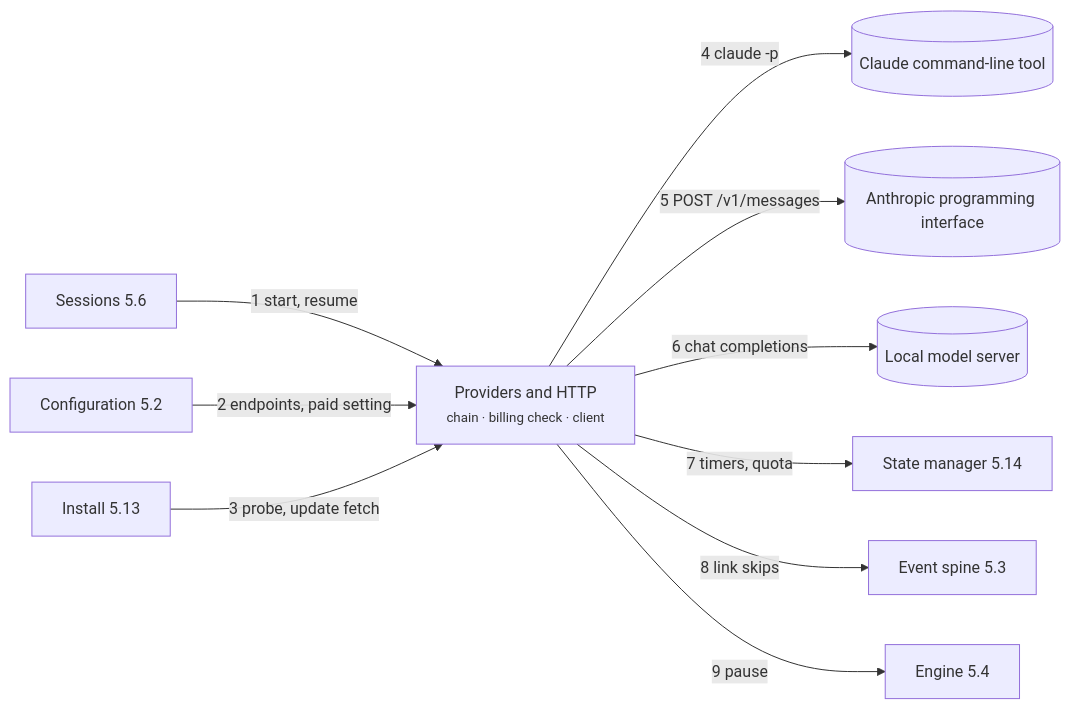
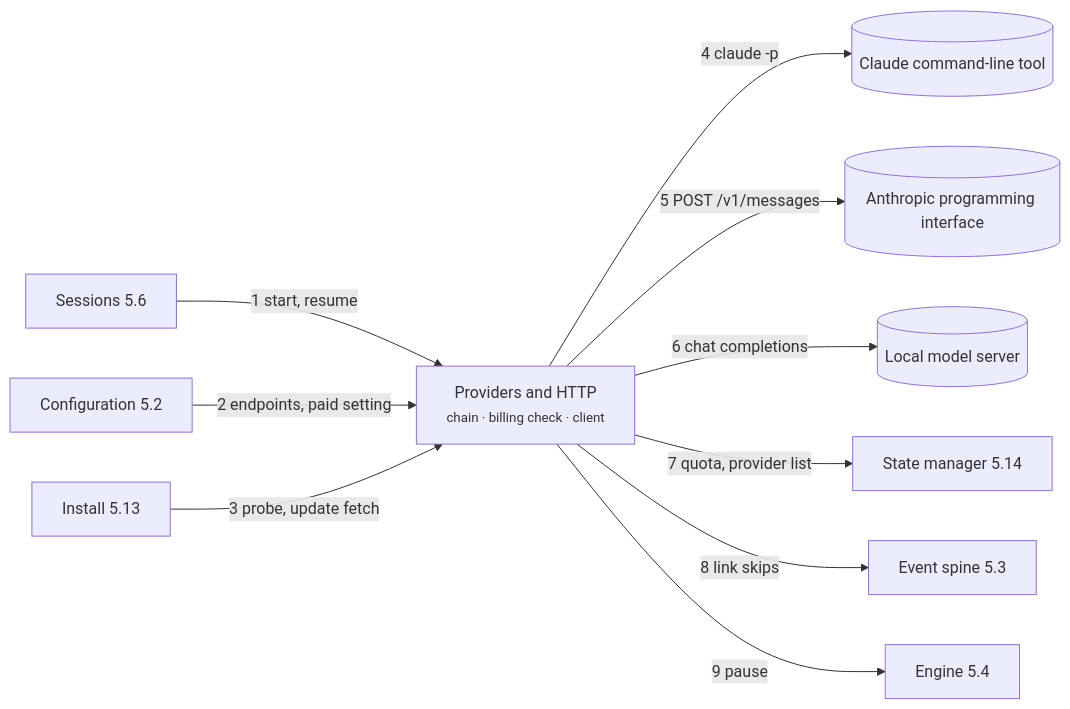
Diagram 19 of 45 in docs/hld.md (rdevitto86/komodo-agentic-harness-coding), drawn with Mermaid before and after one commit. The commit also changed other lines of this file, not shown here.

````diff
--- a/docs/hld.md
+++ b/docs/hld.md
@@ -980,22 +985,22 @@
 ```mermaid
 flowchart LR
   SE["Sessions 5.6"]
   CF["Configuration 5.2"]
   IL["Install 5.13"]
   PR["Providers and HTTP<br><small>chain · billing check · client</small>"]:::core
   CLI[("Claude command-line tool")]:::ext
   API[("Anthropic programming interface")]:::ext
   LOC[("Local model server")]:::ext
   SM["State manager 5.14"]
   SP["Event spine 5.3"]
   EN["Engine 5.4"]
   SE -->|"1 start, resume"| PR
   CF -->|"2 endpoints, paid setting"| PR
   IL -->|"3 probe, update fetch"| PR
   PR -->|"4 claude -p"| CLI
   PR -->|"5 POST /v1/messages"| API
   PR -->|"6 chat completions"| LOC
-  PR -->|"7 timers, quota"| SM
+  PR -->|"7 quota, provider list"| SM
   PR -->|"8 link skips"| SP
   PR -->|"9 pause"| EN
 ```
````
